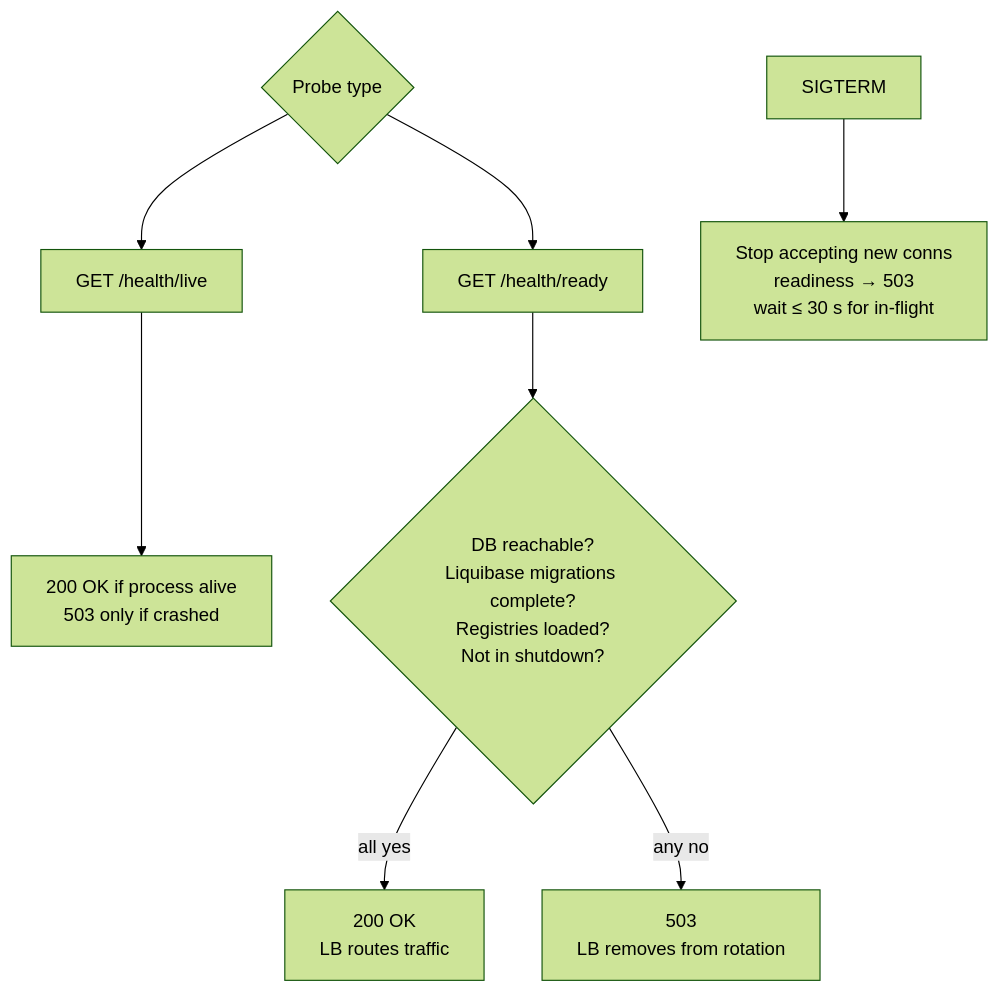
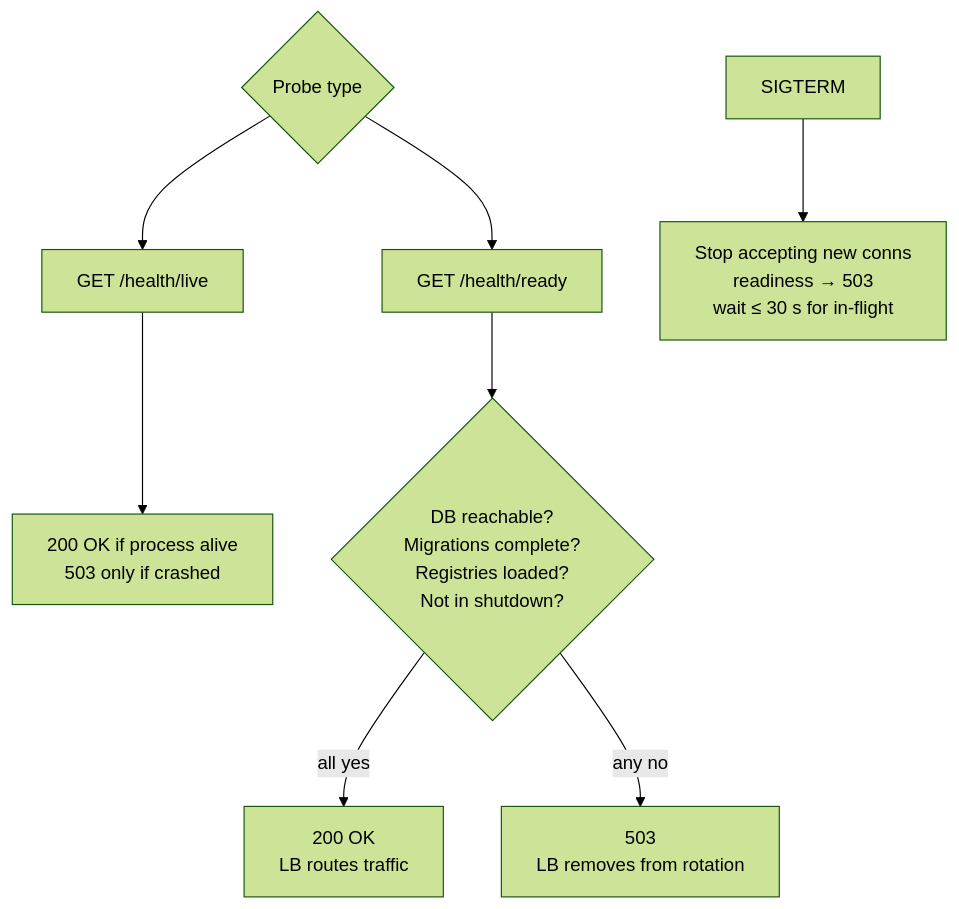
Before and after one commit to kemit-ee/efti-gate-ee: the diagram in docs/epics/epic_13_en.md, drawn with Mermaid (forest theme). The commit also changed other lines of this file, not shown here.

````diff
--- a/docs/epics/epic_13_en.md
+++ b/docs/epics/epic_13_en.md
@@ -13,10 +23,10 @@
 ```mermaid
 flowchart TD
     Probe{Probe type} --> Live[GET /health/live]
     Probe --> Ready[GET /health/ready]
     Live --> LiveResp[200 OK if process alive<br/>503 only if crashed]
-    Ready --> Checks{DB reachable?<br/>Liquibase migrations complete?<br/>Registries loaded?<br/>Not in shutdown?}
+    Ready --> Checks{DB reachable?<br/>Migrations complete?<br/>Registries loaded?<br/>Not in shutdown?}
     Checks -- all yes --> Ready200[200 OK<br/>LB routes traffic]
     Checks -- any no --> Ready503[503<br/>LB removes from rotation]
     SIGTERM[SIGTERM] --> Drain[Stop accepting new conns<br/>readiness → 503<br/>wait ≤ 30 s for in-flight]
 ```
````
